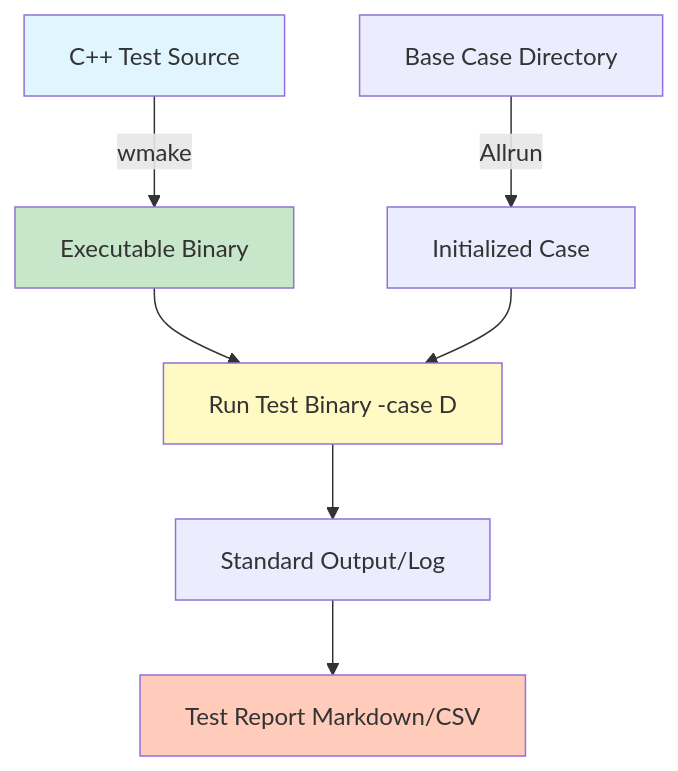
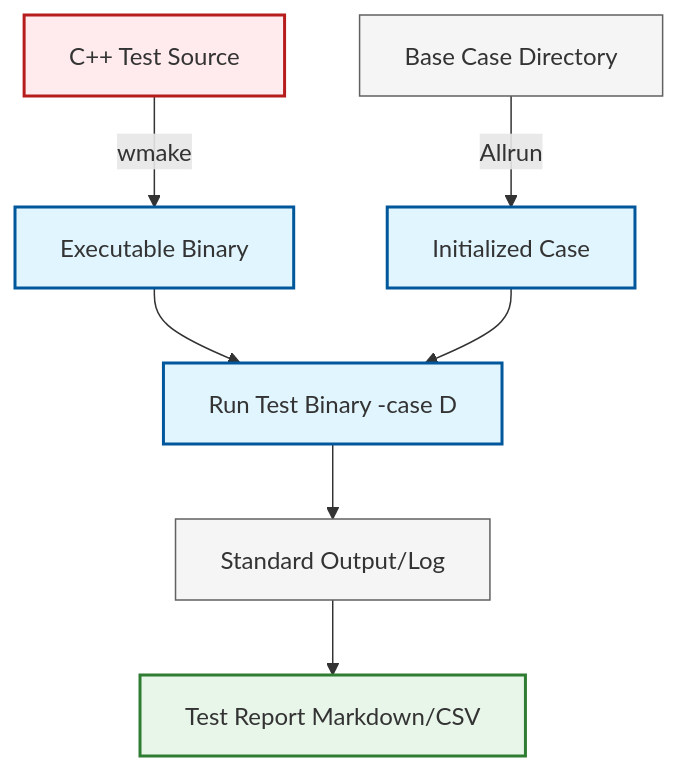
One commit to wramet/build-my-cfd changed the second of 2 diagrams in MODULE_08_TESTING_VALIDATION/CONTENT/01_VERIFICATION_FUNDAMENTALS/03_OpenFOAM_Architecture.md. Above: the diagram before and after it, drawn with Mermaid. The commit also changed other lines of this file and 313 other files, not shown here.

Commit message:
Revise all diagram

````diff
--- a/MODULE_08_TESTING_VALIDATION/CONTENT/01_VERIFICATION_FUNDAMENTALS/03_OpenFOAM_Architecture.md
+++ b/MODULE_08_TESTING_VALIDATION/CONTENT/01_VERIFICATION_FUNDAMENTALS/03_OpenFOAM_Architecture.md
@@ -316,14 +315,13 @@
 ```mermaid
-graph TD
-    A[C++ Test Source] -- wmake --> B[Executable Binary]
-    C[Base Case Directory] -- Allrun --> D[Initialized Case]
-    B --> E[Run Test Binary -case D]
-    D --> E
-    E --> F[Standard Output/Log]
-    F --> G[Test Report Markdown/CSV]
-
-    style A fill:#e1f5ff
-    style B fill:#c8e6c9
-    style E fill:#fff9c4
-    style G fill:#ffccbc
+flowchart TD
+classDef implicit fill:#e1f5fe,stroke:#01579b,stroke-width:2px
+classDef explicit fill:#ffebee,stroke:#b71c1c,stroke-width:2px
+classDef success fill:#e8f5e9,stroke:#2e7d32,stroke-width:2px
+classDef context fill:#f5f5f5,stroke:#616161,stroke-width:1px
+A[C++ Test Source]:::explicit -- wmake --> B[Executable Binary]:::implicit
+C[Base Case Directory]:::context -- Allrun --> D[Initialized Case]:::implicit
+B --> E[Run Test Binary -case D]:::implicit
+D --> E
+E --> F[Standard Output/Log]:::context
+F --> G[Test Report Markdown/CSV]:::success
 ```
````
